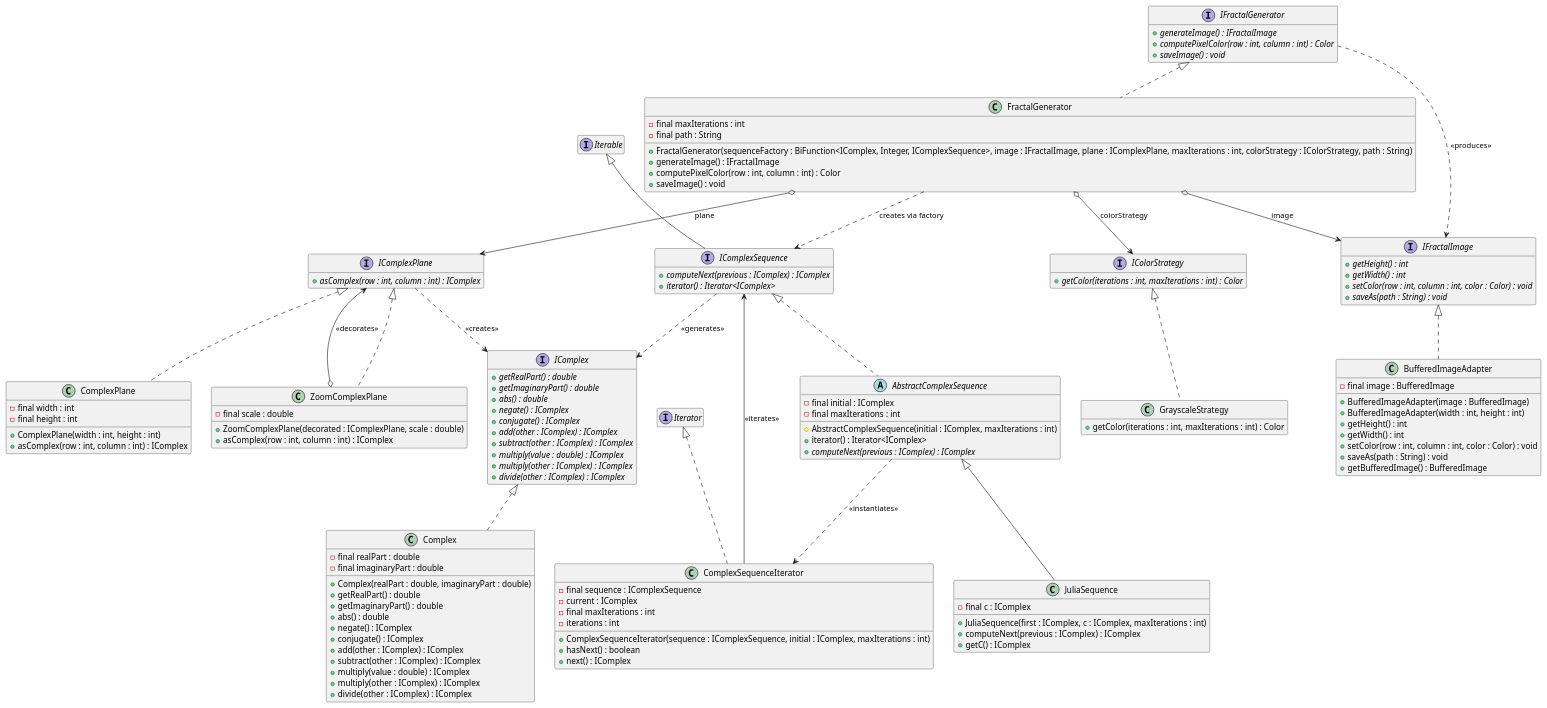
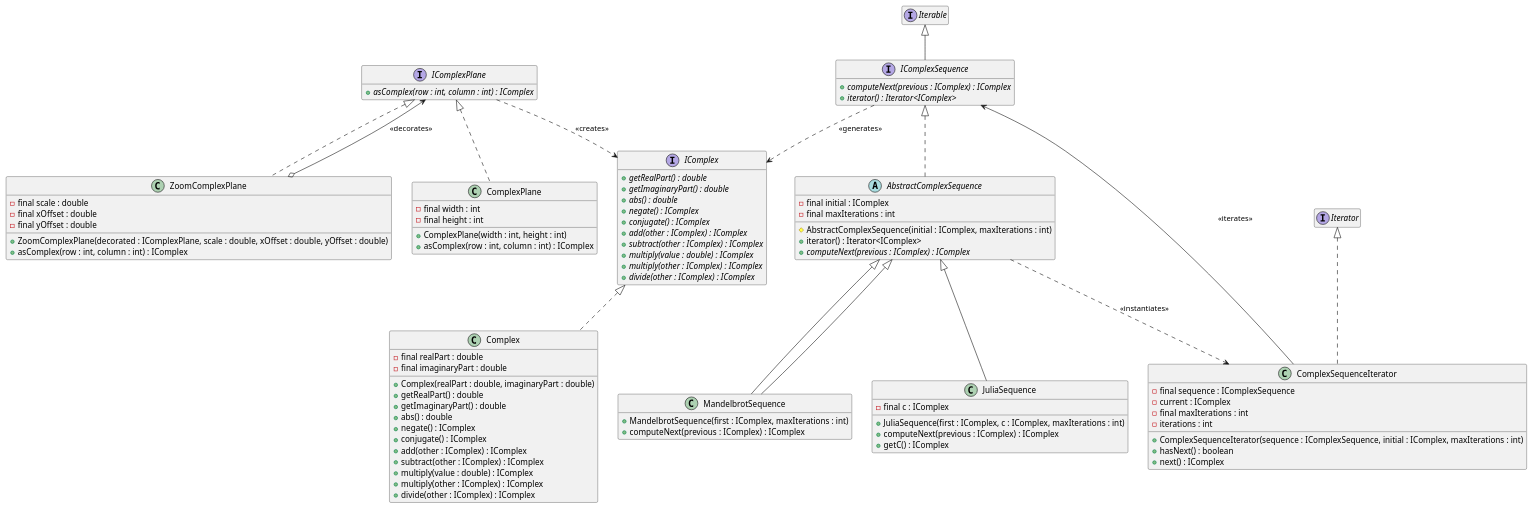
Before and after one commit to ThibautVermersch/Fractalens: the first of 2 diagrams in README.md, drawn with PlantUML.

Commit message:
séparation de plantUML en deux

````diff
--- a/README.md
+++ b/README.md
@@ -31,8 +31,8 @@
 }
 
 class Complex implements IComplex {
-    - final realPart : double
-    - final imaginaryPart : double
+- final realPart : double
+- final imaginaryPart : double
     + Complex(realPart : double, imaginaryPart : double)
     + getRealPart() : double
     + getImaginaryPart() : double
@@ -51,15 +51,17 @@
 }
 
 class ComplexPlane implements IComplexPlane {
-    - final width : int
-    - final height : int
+- final width : int
+- final height : int
     + ComplexPlane(width : int, height : int)
     + asComplex(row : int, column : int) : IComplex
 }
 
 class ZoomComplexPlane implements IComplexPlane {
-    - final scale : double
-    + ZoomComplexPlane(decorated : IComplexPlane, scale : double)
+- final scale : double
+- final xOffset : double
+- final yOffset : double
+    + ZoomComplexPlane(decorated : IComplexPlane, scale : double, xOffset : double, yOffset : double)
     + asComplex(row : int, column : int) : IComplex
 }
 
@@ -76,25 +78,30 @@
 }
 
 abstract class AbstractComplexSequence implements IComplexSequence {
-    - final initial : IComplex
-    - final maxIterations : int
+- final initial : IComplex
+- final maxIterations : int
     # AbstractComplexSequence(initial : IComplex, maxIterations : int)
     + iterator() : Iterator<IComplex>
     + {abstract} computeNext(previous : IComplex) : IComplex
 }
 
+class MandelbrotSequence extends AbstractComplexSequence {
+    + MandelbrotSequence(first : IComplex, maxIterations : int)
+    + computeNext(previous : IComplex) : IComplex
+}
+
 class JuliaSequence extends AbstractComplexSequence {
-    - final c : IComplex
+- final c : IComplex
     + JuliaSequence(first : IComplex, c : IComplex, maxIterations : int)
     + computeNext(previous : IComplex) : IComplex
     + getC() : IComplex
 }
 
 class ComplexSequenceIterator implements Iterator<IComplex> {
-    - final sequence : IComplexSequence
-    - current : IComplex
-    - final maxIterations : int
-    - iterations : int
+- final sequence : IComplexSequence
+- current : IComplex
+- final maxIterations : int
+- iterations : int
     + ComplexSequenceIterator(sequence : IComplexSequence, initial : IComplex, maxIterations : int)
     + hasNext() : boolean
     + next() : IComplex
@@ -103,63 +110,5 @@
 AbstractComplexSequence ..> ComplexSequenceIterator : << instantiates >>
 ComplexSequenceIterator --> IComplexSequence : << iterates >>
 IComplexSequence ..> IComplex : << generates >>
-
-' ---------------- '
-' Color Strategies '
-' ---------------- '
-
-interface IColorStrategy {
-    + {abstract} getColor(iterations : int, maxIterations : int) : Color
-}
-
-class GrayscaleStrategy implements IColorStrategy {
-    + getColor(iterations : int, maxIterations : int) : Color
-}
-
-' -------------- '
-' Image Handling '
-' -------------- '
-
-interface IFractalImage {
-    + {abstract} getHeight() : int
-    + {abstract} getWidth() : int
-    + {abstract} setColor(row : int, column : int, color : Color) : void
-    + {abstract} saveAs(path : String) : void
-}
-
-class BufferedImageAdapter implements IFractalImage {
-    - final image : BufferedImage
-    + BufferedImageAdapter(image : BufferedImage)
-    + BufferedImageAdapter(width : int, height : int)
-    + getHeight() : int
-    + getWidth() : int
-    + setColor(row : int, column : int, color : Color) : void
-    + saveAs(path : String) : void
-    + getBufferedImage() : BufferedImage
-}
-
-' ------------------ '
-' Fractal Generation '
-' ------------------ '
-
-interface IFractalGenerator {
-    + {abstract} generateImage() : IFractalImage
-    + {abstract} computePixelColor(row : int, column : int) : Color
-    + {abstract} saveImage() : void
-}
-
-class FractalGenerator implements IFractalGenerator {
-    - final maxIterations : int
-    - final path : String
-    + FractalGenerator(sequenceFactory : BiFunction<IComplex, Integer, IComplexSequence>, image : IFractalImage, plane : IComplexPlane, maxIterations : int, colorStrategy : IColorStrategy, path : String)
-    + generateImage() : IFractalImage
-    + computePixelColor(row : int, column : int) : Color
-    + saveImage() : void
-}
-
-FractalGenerator o--> IFractalImage : image
-FractalGenerator o--> IComplexPlane : plane
-FractalGenerator o--> IColorStrategy : colorStrategy
-FractalGenerator ..> IComplexSequence : creates via factory
-IFractalGenerator ..> IFractalImage : << produces >>
+MandelbrotSequence --|> AbstractComplexSequence
 ```
````
